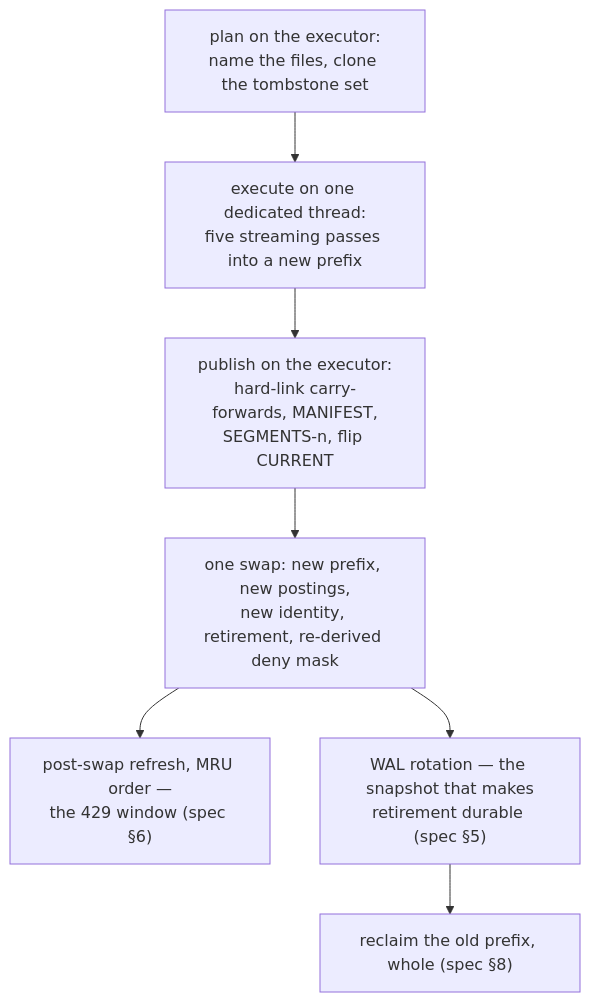
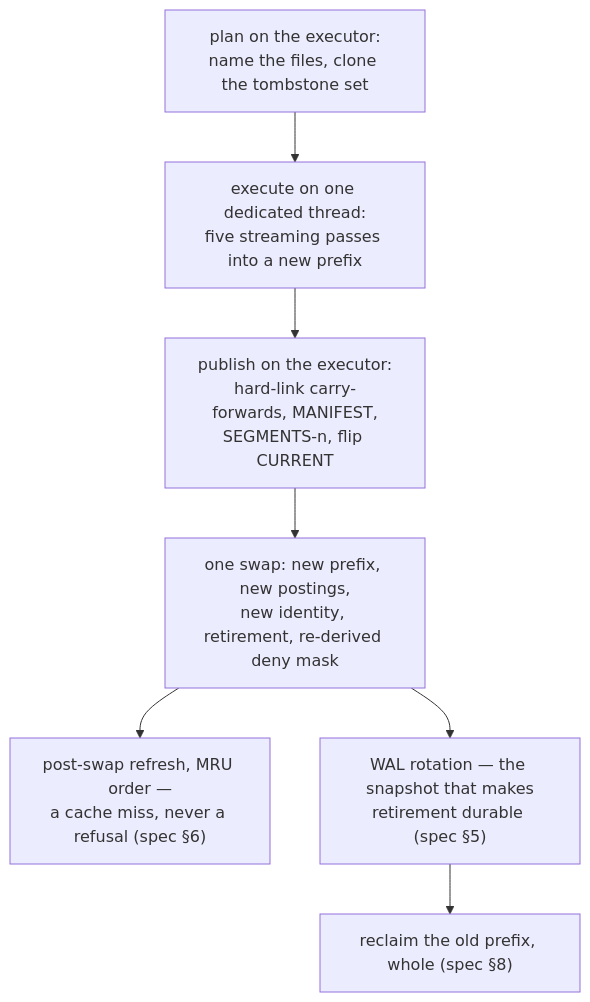
Before and after one commit to jennis0/tesseradb: the diagram in docs/design/compaction.md, drawn with Mermaid. The commit also changed other lines of this file and 14 other files, not shown here.

````diff
--- a/docs/design/compaction.md
+++ b/docs/design/compaction.md
@@ -85,9 +90,9 @@
 ```mermaid
 flowchart TD
   A["plan on the executor:<br/>name the files, clone the tombstone set"] --> B["execute on one dedicated thread:<br/>five streaming passes into a new prefix"]
   B --> C["publish on the executor:<br/>hard-link carry-forwards, MANIFEST,<br/>SEGMENTS-n, flip CURRENT"]
   C --> D["one swap: new prefix, new postings,<br/>new identity, retirement, re-derived deny mask"]
-  D --> E["post-swap refresh, MRU order —<br/>the 429 window (spec §6)"]
+  D --> E["post-swap refresh, MRU order —<br/>a cache miss, never a refusal (spec §6)"]
   D --> F["WAL rotation — the snapshot that makes<br/>retirement durable (spec §5)"]
   F --> G["reclaim the old prefix, whole (spec §8)"]
 ```
````
